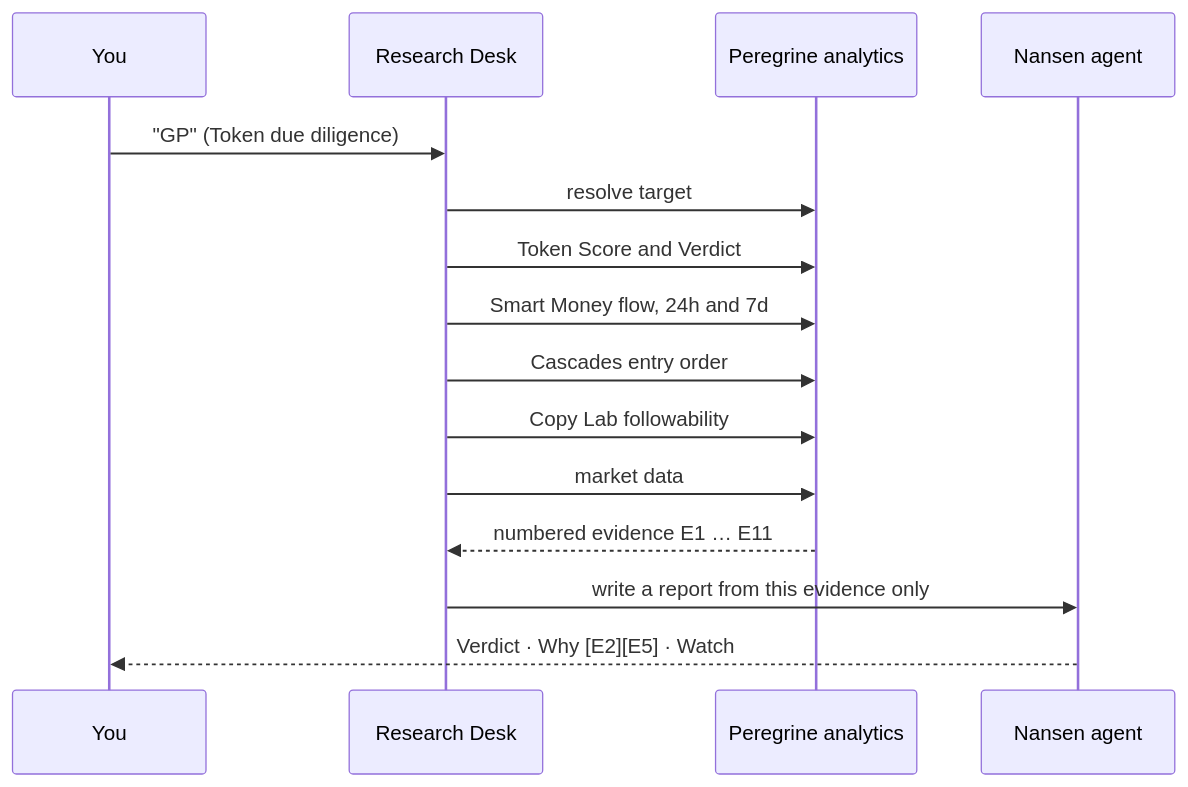
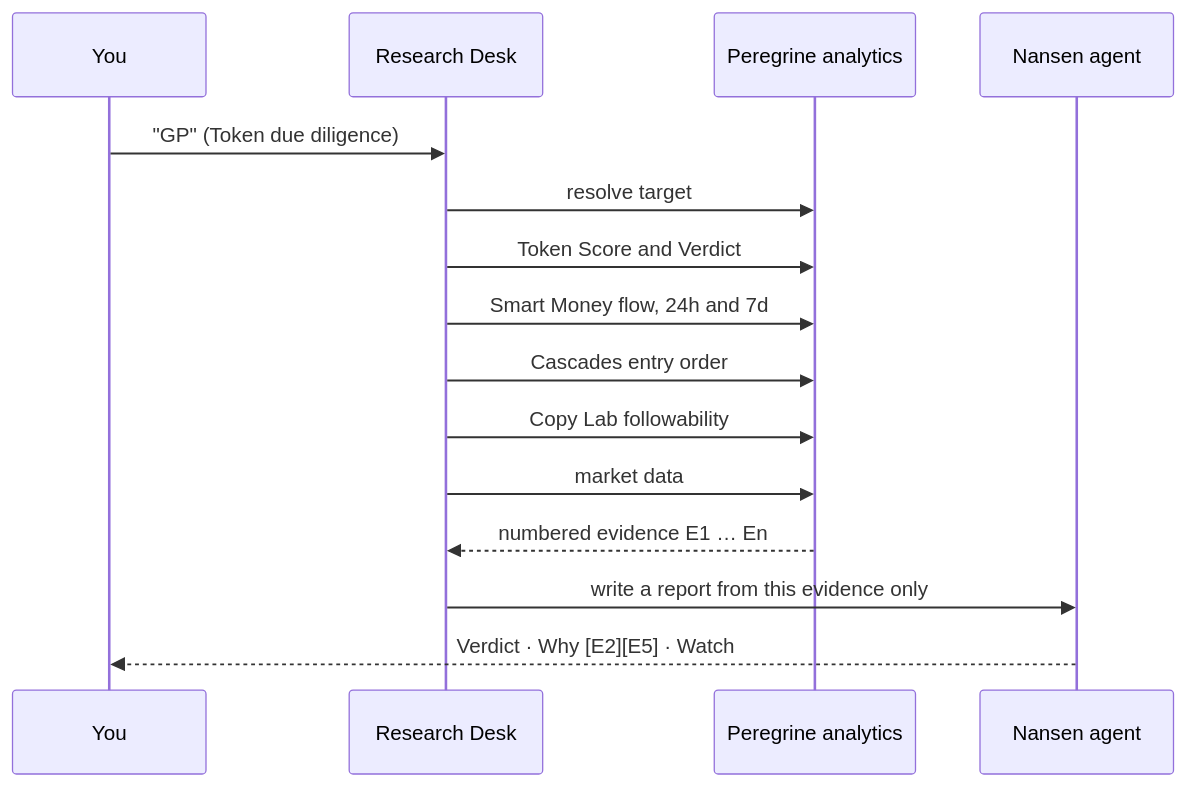
The third of 5 diagrams in README.md (ghostCODERWEB/peregrine-multichain), drawn with Mermaid before and after one commit. The commit also changed other lines of this file and 32 other files, not shown here.

First line of the commit message:
README: real charts, feature GIFs and Nansen API coverage

````diff
--- a/README.md
+++ b/README.md
@@ -154,17 +153,17 @@
 ```mermaid
 sequenceDiagram
   participant U as You
   participant D as Research Desk
   participant P as Peregrine analytics
   participant N as Nansen agent
   U->>D: "GP" (Token due diligence)
   D->>P: resolve target
   D->>P: Token Score and Verdict
   D->>P: Smart Money flow, 24h and 7d
   D->>P: Cascades entry order
   D->>P: Copy Lab followability
   D->>P: market data
-  P-->>D: numbered evidence E1 … E11
+  P-->>D: numbered evidence E1 … En
   D->>N: write a report from this evidence only
   N-->>U: Verdict · Why [E2][E5] · Watch
 ```
````
